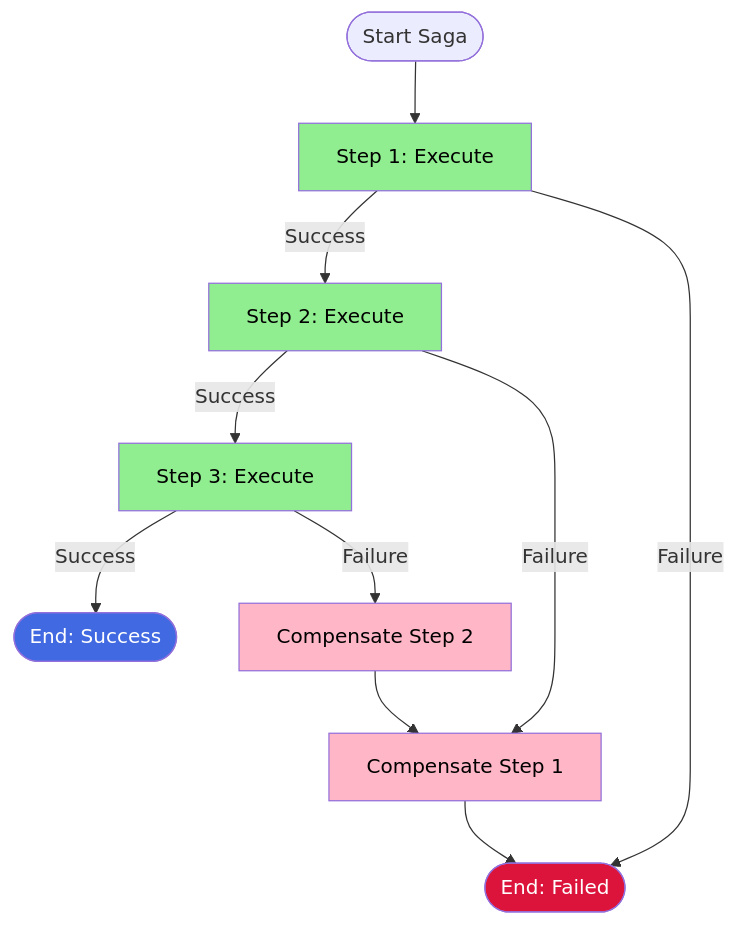
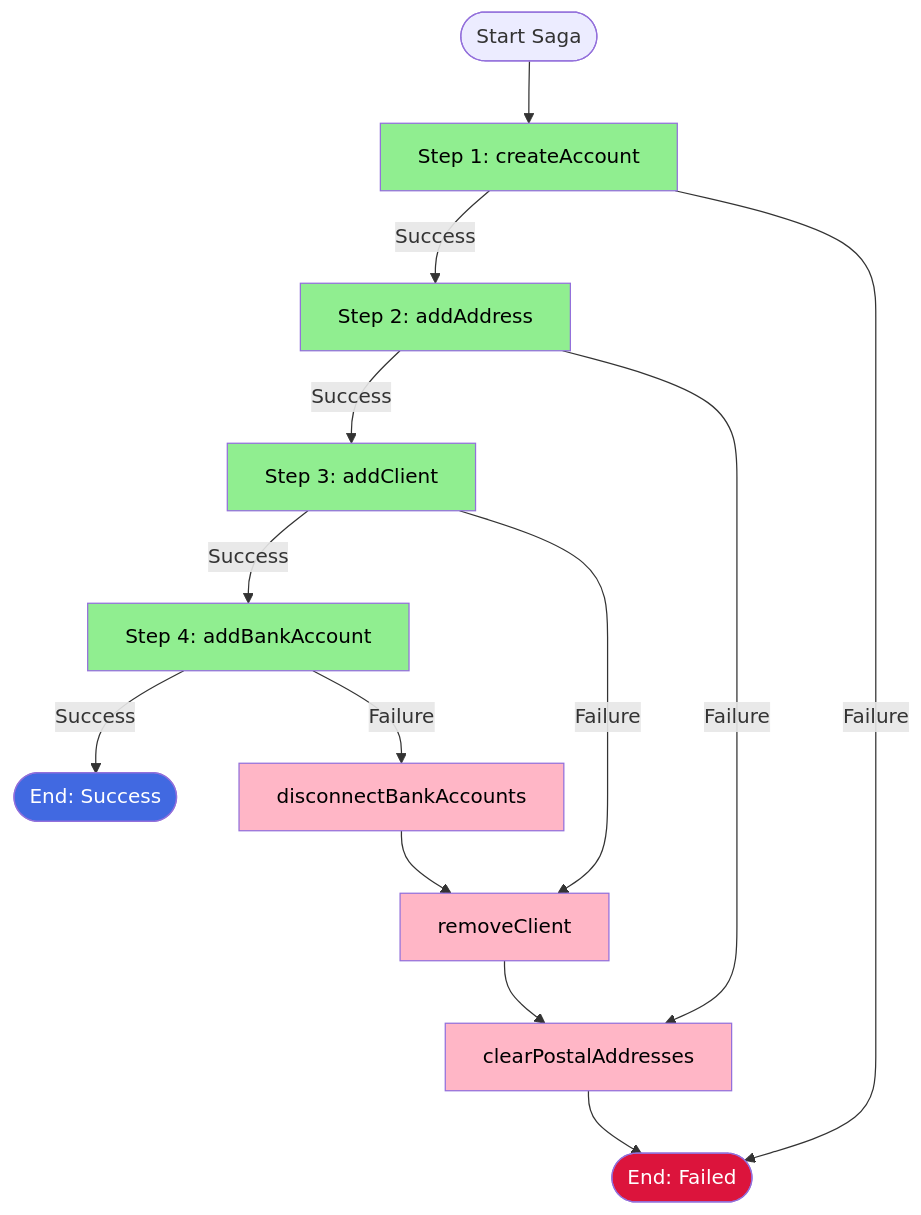
One commit to taonic/temporal-design-patterns changed the diagram in docs/saga-pattern.md. Above: the diagram before and after it, drawn with Mermaid. The commit also changed other lines of this file and 26 other files, not shown here.

````diff
--- a/docs/saga-pattern.md
+++ b/docs/saga-pattern.md
@@ -20,23 +22,29 @@
 ```mermaid
 flowchart TD
-    Start([Start Saga]) --> Step1[Step 1: Execute]
-    Step1 -->|Success| Step2[Step 2: Execute]
+    Start([Start Saga]) --> Step1[Step 1: createAccount]
+    Step1 -->|Success| Step2[Step 2: addAddress]
     Step1 -->|Failure| End([End: Failed])
-    
-    Step2 -->|Success| Step3[Step 3: Execute]
-    Step2 -->|Failure| Comp1[Compensate Step 1]
-    
-    Step3 -->|Success| Complete([End: Success])
-    Step3 -->|Failure| Comp2[Compensate Step 2]
-    
+
+    Step2 -->|Success| Step3[Step 3: addClient]
+    Step2 -->|Failure| Comp1[clearPostalAddresses]
+
+    Step3 -->|Success| Step4[Step 4: addBankAccount]
+    Step3 -->|Failure| Comp2[removeClient]
+
+    Step4 -->|Success| Complete([End: Success])
+    Step4 -->|Failure| Comp3[disconnectBankAccounts]
+
+    Comp3 --> Comp2
+    Comp2 --> Comp1
     Comp1 --> End
-    Comp2 --> Comp1
-    
+
     style Step1 fill:#90EE90,color:#000
     style Step2 fill:#90EE90,color:#000
     style Step3 fill:#90EE90,color:#000
+    style Step4 fill:#90EE90,color:#000
     style Comp1 fill:#FFB6C6,color:#000
     style Comp2 fill:#FFB6C6,color:#000
+    style Comp3 fill:#FFB6C6,color:#000
     style Complete fill:#4169E1,color:#fff
     style End fill:#DC143C,color:#fff
 ```
````
